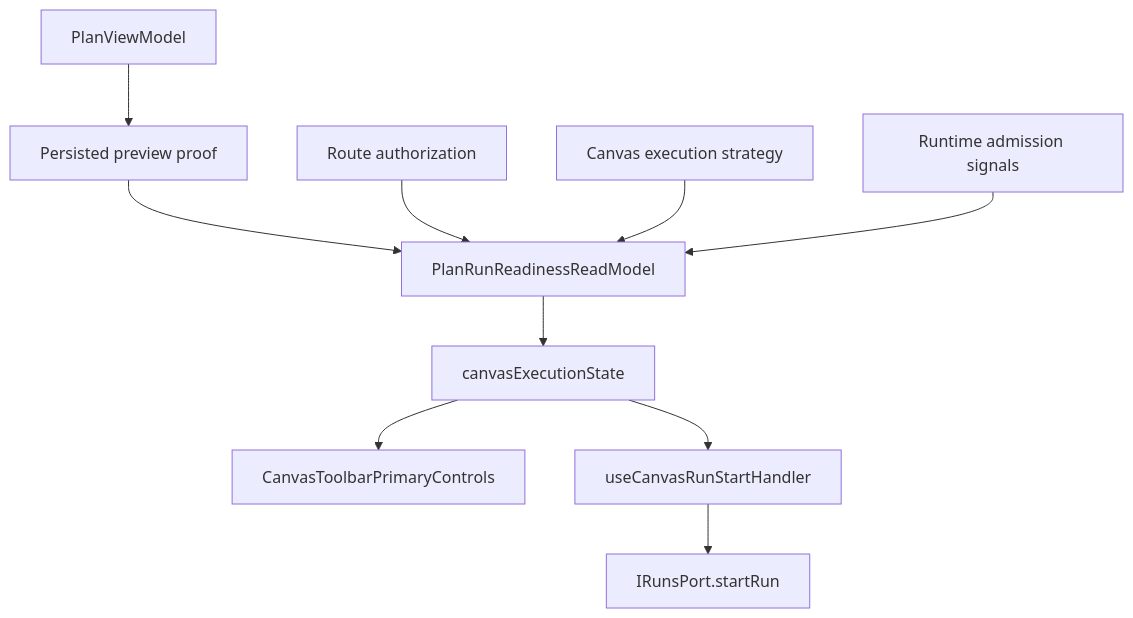
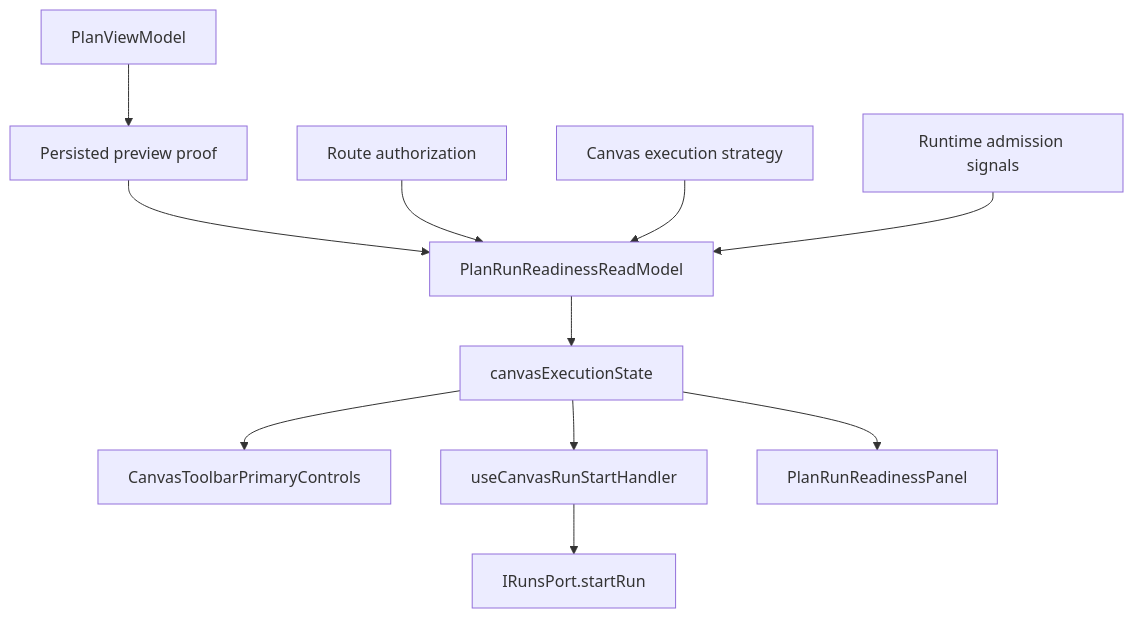
One commit to dunay2/dvt changed the second of 3 diagrams in docs/architecture/components/web/graph/canvas-plan-run-readiness-component.md. Above: the diagram before and after it, drawn with Mermaid. The commit also changed other lines of this file and 20 other files, not shown here.

Commit message:
feat(web): Show canvas plan run readiness

````diff
--- a/docs/architecture/components/web/graph/canvas-plan-run-readiness-component.md
+++ b/docs/architecture/components/web/graph/canvas-plan-run-readiness-component.md
@@ -85,21 +87,22 @@
 ```mermaid
 flowchart TB
   Plan["PlanViewModel"]
   Preview["Persisted preview proof"]
   Auth["Route authorization"]
   Strategy["Canvas execution strategy"]
   Runtime["Runtime admission signals"]
   Readiness["PlanRunReadinessReadModel"]
   State["canvasExecutionState"]
   Toolbar["CanvasToolbarPrimaryControls"]
   StartRun["useCanvasRunStartHandler"]
   RunsPort["IRunsPort.startRun"]
 
   Plan --> Preview --> Readiness
   Auth --> Readiness
   Strategy --> Readiness
   Runtime --> Readiness
   Readiness --> State
   State --> Toolbar
+  State --> Panel["PlanRunReadinessPanel"]
   State --> StartRun --> RunsPort
 ```
````
